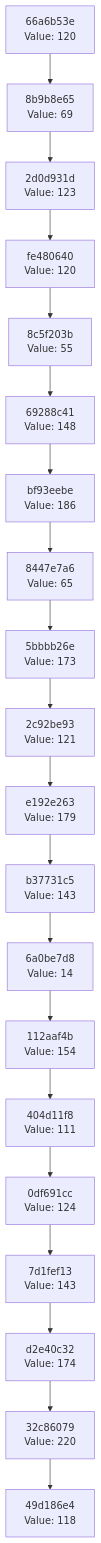
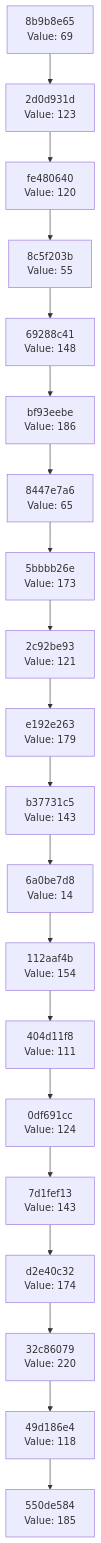
Before and after one commit to Abhisheksinha1506/hash-chain-evolver: the diagram in docs/CHAIN_VISUALIZATION.md, drawn with Mermaid. The commit also changed 2 other files, not shown here.

Commit message:
Evolution step: hash 0xB9 → action executed

````diff
--- a/docs/CHAIN_VISUALIZATION.md
+++ b/docs/CHAIN_VISUALIZATION.md
@@ -3,42 +3,42 @@
 ```mermaid
 graph TD
-    C0["49d186e4<br/>Value: 118"]
-    C1["32c86079<br/>Value: 220"]
+    C0["550de584<br/>Value: 185"]
+    C1["49d186e4<br/>Value: 118"]
     C1 --> C0
-    C2["d2e40c32<br/>Value: 174"]
+    C2["32c86079<br/>Value: 220"]
     C2 --> C1
-    C3["7d1fef13<br/>Value: 143"]
+    C3["d2e40c32<br/>Value: 174"]
     C3 --> C2
-    C4["0df691cc<br/>Value: 124"]
+    C4["7d1fef13<br/>Value: 143"]
     C4 --> C3
-    C5["404d11f8<br/>Value: 111"]
+    C5["0df691cc<br/>Value: 124"]
     C5 --> C4
-    C6["112aaf4b<br/>Value: 154"]
+    C6["404d11f8<br/>Value: 111"]
     C6 --> C5
-    C7["6a0be7d8<br/>Value: 14"]
+    C7["112aaf4b<br/>Value: 154"]
     C7 --> C6
-    C8["b37731c5<br/>Value: 143"]
+    C8["6a0be7d8<br/>Value: 14"]
     C8 --> C7
-    C9["e192e263<br/>Value: 179"]
+    C9["b37731c5<br/>Value: 143"]
     C9 --> C8
-    C10["2c92be93<br/>Value: 121"]
+    C10["e192e263<br/>Value: 179"]
     C10 --> C9
-    C11["5bbbb26e<br/>Value: 173"]
+    C11["2c92be93<br/>Value: 121"]
     C11 --> C10
-    C12["8447e7a6<br/>Value: 65"]
+    C12["5bbbb26e<br/>Value: 173"]
     C12 --> C11
-    C13["bf93eebe<br/>Value: 186"]
+    C13["8447e7a6<br/>Value: 65"]
     C13 --> C12
-    C14["69288c41<br/>Value: 148"]
+    C14["bf93eebe<br/>Value: 186"]
     C14 --> C13
-    C15["8c5f203b<br/>Value: 55"]
+    C15["69288c41<br/>Value: 148"]
     C15 --> C14
-    C16["fe480640<br/>Value: 120"]
+    C16["8c5f203b<br/>Value: 55"]
     C16 --> C15
-    C17["2d0d931d<br/>Value: 123"]
+    C17["fe480640<br/>Value: 120"]
     C17 --> C16
-    C18["8b9b8e65<br/>Value: 69"]
+    C18["2d0d931d<br/>Value: 123"]
     C18 --> C17
-    C19["66a6b53e<br/>Value: 120"]
+    C19["8b9b8e65<br/>Value: 69"]
     C19 --> C18
 ```
````
